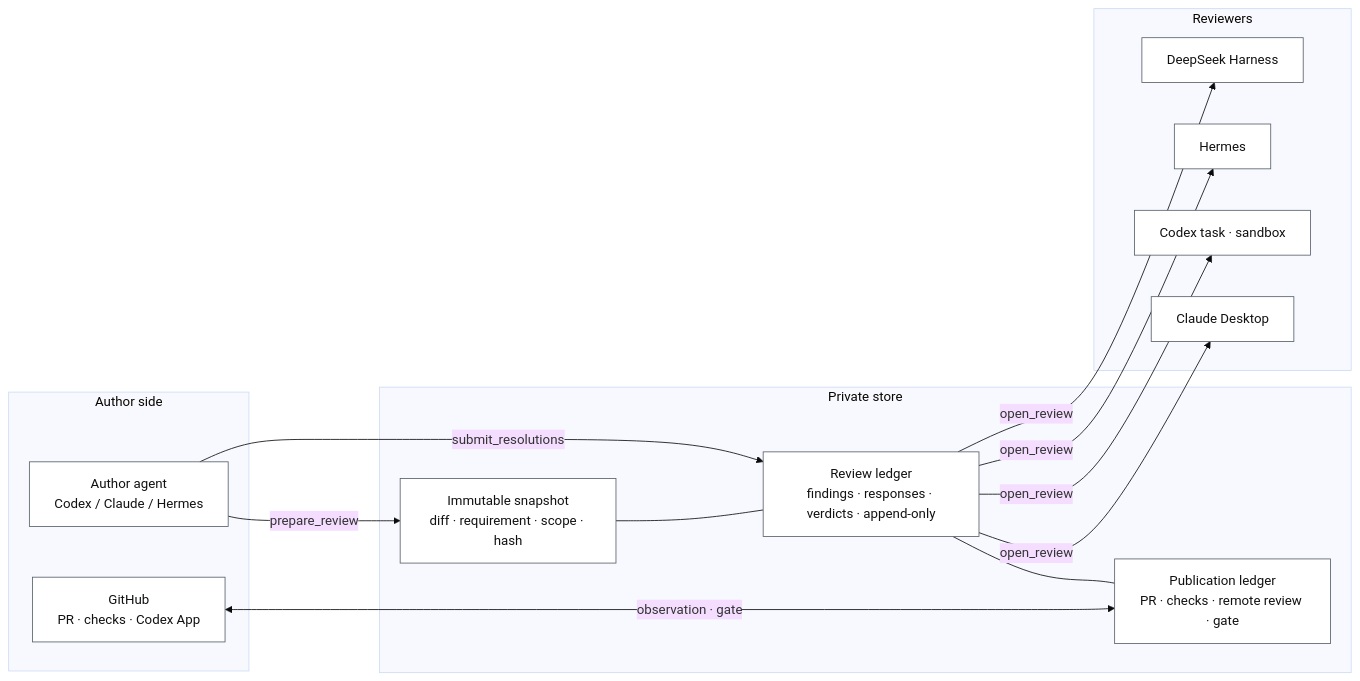
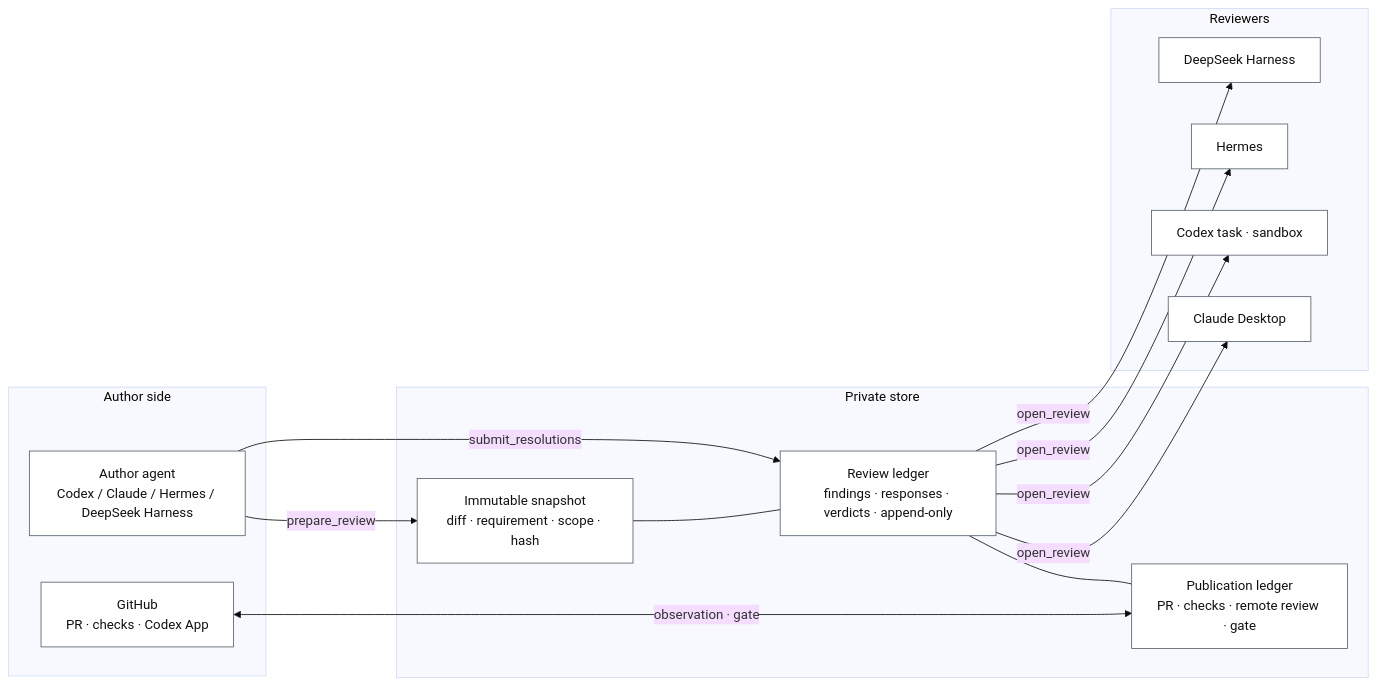
The first of 4 diagrams in docs/overview.md (fengjiachun/review-bridge), drawn with Mermaid (base theme) before and after one commit. The commit also changed other lines of this file and 1 other file, not shown here.

````diff
--- a/docs/overview.md
+++ b/docs/overview.md
@@ -57,28 +57,28 @@
 ```mermaid
 flowchart LR
   subgraph author["Author side"]
-    A["Author agent<br/>Codex / Claude / Hermes"]
+    A["Author agent<br/>Codex / Claude / Hermes / DeepSeek Harness"]
     G["GitHub<br/>PR · checks · Codex App"]
   end
   subgraph store["Private store"]
     S["Immutable snapshot<br/>diff · requirement · scope · hash"]
     L["Review ledger<br/>findings · responses · verdicts · append-only"]
     P["Publication ledger<br/>PR · checks · remote review · gate"]
   end
   subgraph reviewers["Reviewers"]
     R1["Claude Desktop"]
     R2["Codex task · sandbox"]
     R3["Hermes"]
     R4["DeepSeek Harness"]
   end
   A -- prepare_review --> S
   A -- submit_resolutions --> L
   S --- L --- P
   G <-- "observation · gate" --> P
   L -- open_review --> R1
   L -- open_review --> R2
   L -- open_review --> R3
   L -- open_review --> R4
   classDef n fill:#ffffff,stroke:#57606a,stroke-width:1px,color:#111111;
   class A,G,S,L,P,R1,R2,R3,R4 n;
 ```
````
